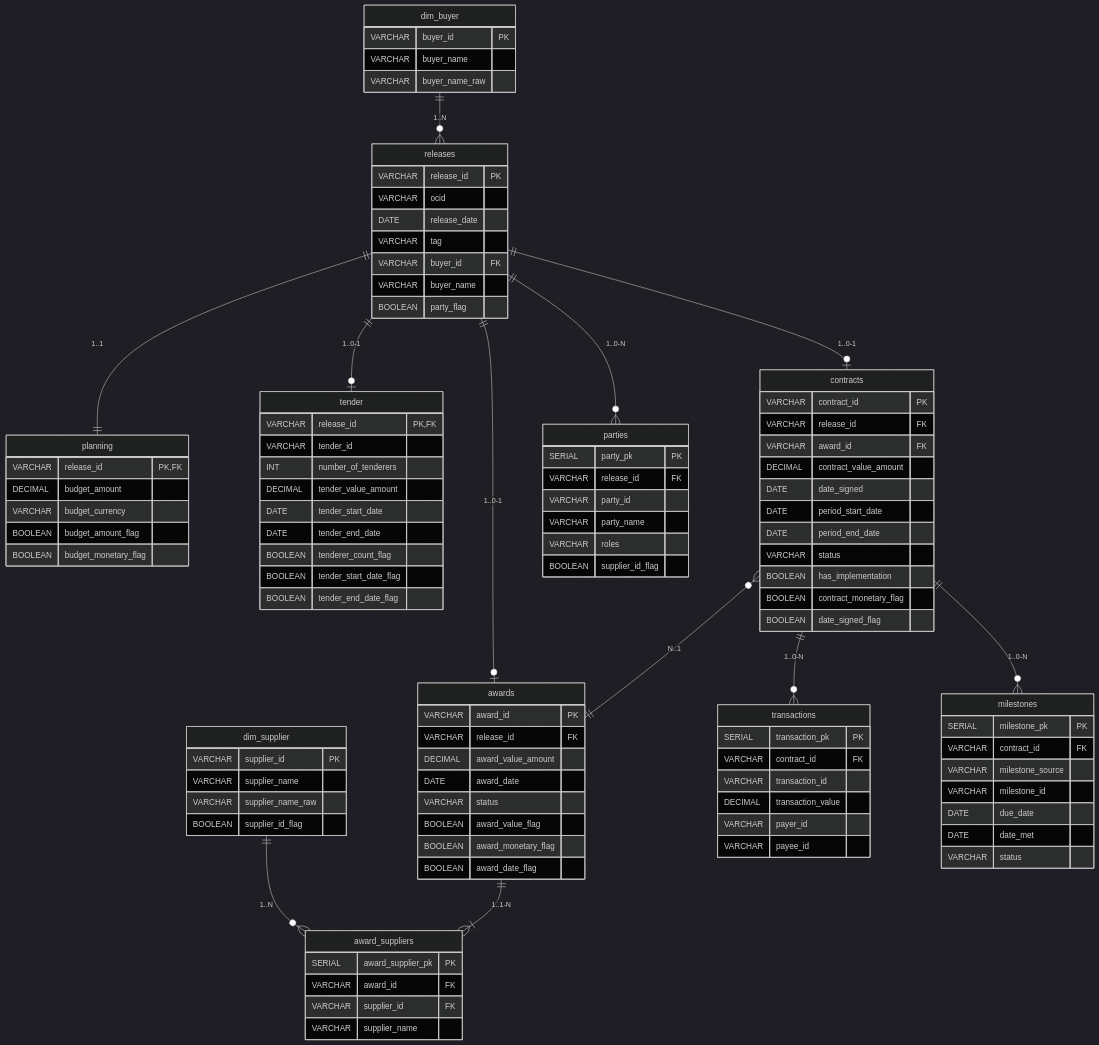
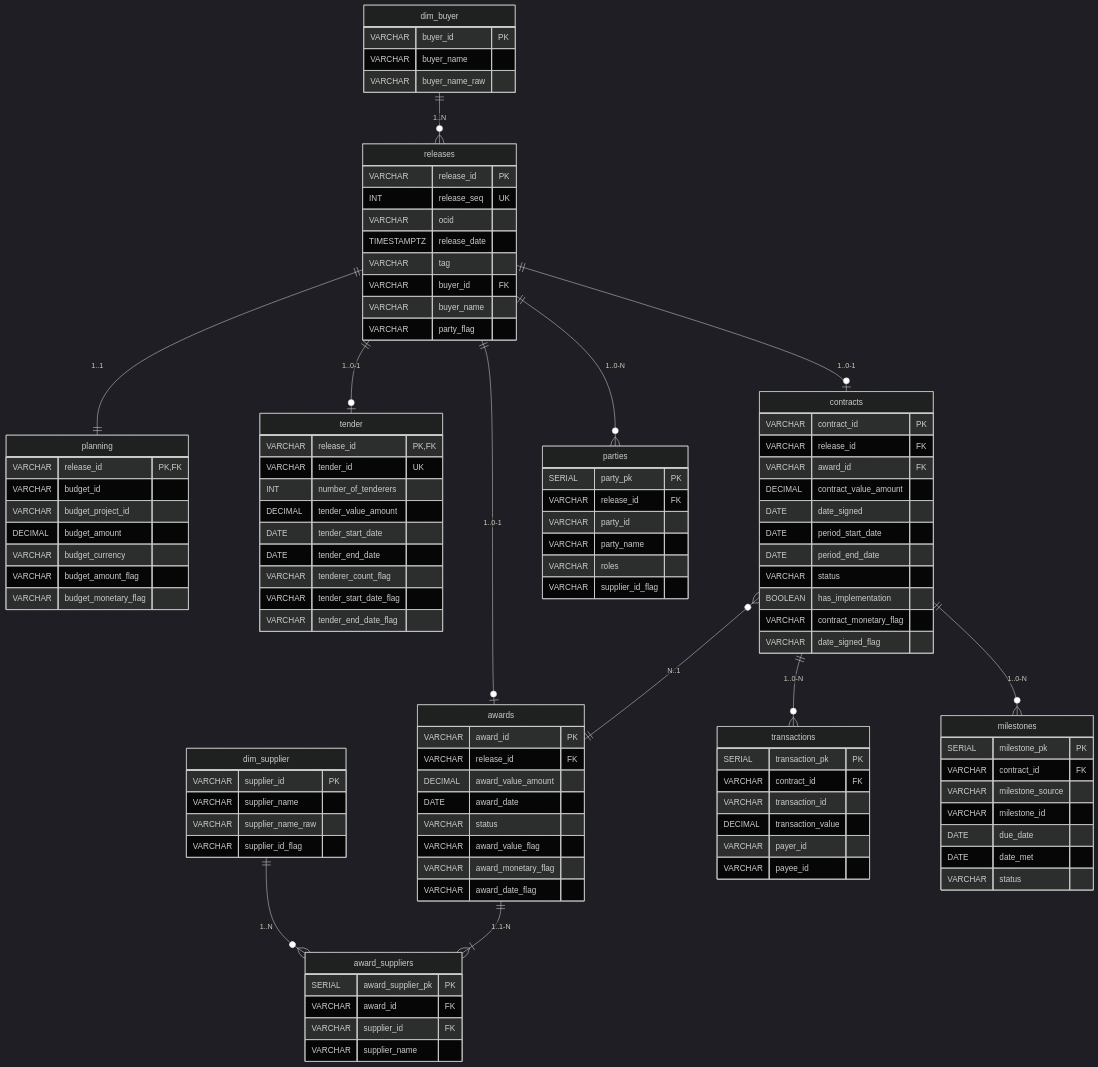
The diagram in diagrams/erd/nocopo_erd.md (kene-obiekwe/nigeria-public-procurement-intelligence), drawn with Mermaid (dark theme) before and after one commit. The commit also changed other lines of this file and 5 other files, not shown here.

```diff
--- a/diagrams/erd/nocopo_erd.md
+++ b/diagrams/erd/nocopo_erd.md
@@ -17,38 +17,41 @@
         VARCHAR supplier_id PK
         VARCHAR supplier_name
         VARCHAR supplier_name_raw
-        BOOLEAN supplier_id_flag
+        VARCHAR supplier_id_flag
     }
 
     %% Staging Tables
     releases {
         VARCHAR release_id PK
+        INT release_seq UK
         VARCHAR ocid
-        DATE release_date
+        TIMESTAMPTZ release_date
         VARCHAR tag
         VARCHAR buyer_id FK
         VARCHAR buyer_name
-        BOOLEAN party_flag
+        VARCHAR party_flag
     }
 
     planning {
         VARCHAR release_id PK, FK
+        VARCHAR budget_id
+        VARCHAR budget_project_id
         DECIMAL budget_amount
         VARCHAR budget_currency
-        BOOLEAN budget_amount_flag
-        BOOLEAN budget_monetary_flag
+        VARCHAR budget_amount_flag
+        VARCHAR budget_monetary_flag
     }
 
     tender {
         VARCHAR release_id PK, FK
-        VARCHAR tender_id
+        VARCHAR tender_id UK
         INT number_of_tenderers
         DECIMAL tender_value_amount
         DATE tender_start_date
         DATE tender_end_date
-        BOOLEAN tenderer_count_flag
-        BOOLEAN tender_start_date_flag
-        BOOLEAN tender_end_date_flag
+        VARCHAR tenderer_count_flag
+        VARCHAR tender_start_date_flag
+        VARCHAR tender_end_date_flag
     }
 
     awards {
@@ -57,9 +60,9 @@
         DECIMAL award_value_amount
         DATE award_date
         VARCHAR status
-        BOOLEAN award_value_flag
-        BOOLEAN award_monetary_flag
-        BOOLEAN award_date_flag
+        VARCHAR award_value_flag
+        VARCHAR award_monetary_flag
+        VARCHAR award_date_flag
     }
 
     award_suppliers {
@@ -79,8 +82,8 @@
         DATE period_end_date
         VARCHAR status
         BOOLEAN has_implementation
-        BOOLEAN contract_monetary_flag
-        BOOLEAN date_signed_flag
+        VARCHAR contract_monetary_flag
+        VARCHAR date_signed_flag
     }
 
     transactions {
@@ -108,7 +111,7 @@
         VARCHAR party_id
         VARCHAR party_name
         VARCHAR roles
-        BOOLEAN supplier_id_flag
+        VARCHAR supplier_id_flag
     }
 
     %% Relationships
```
